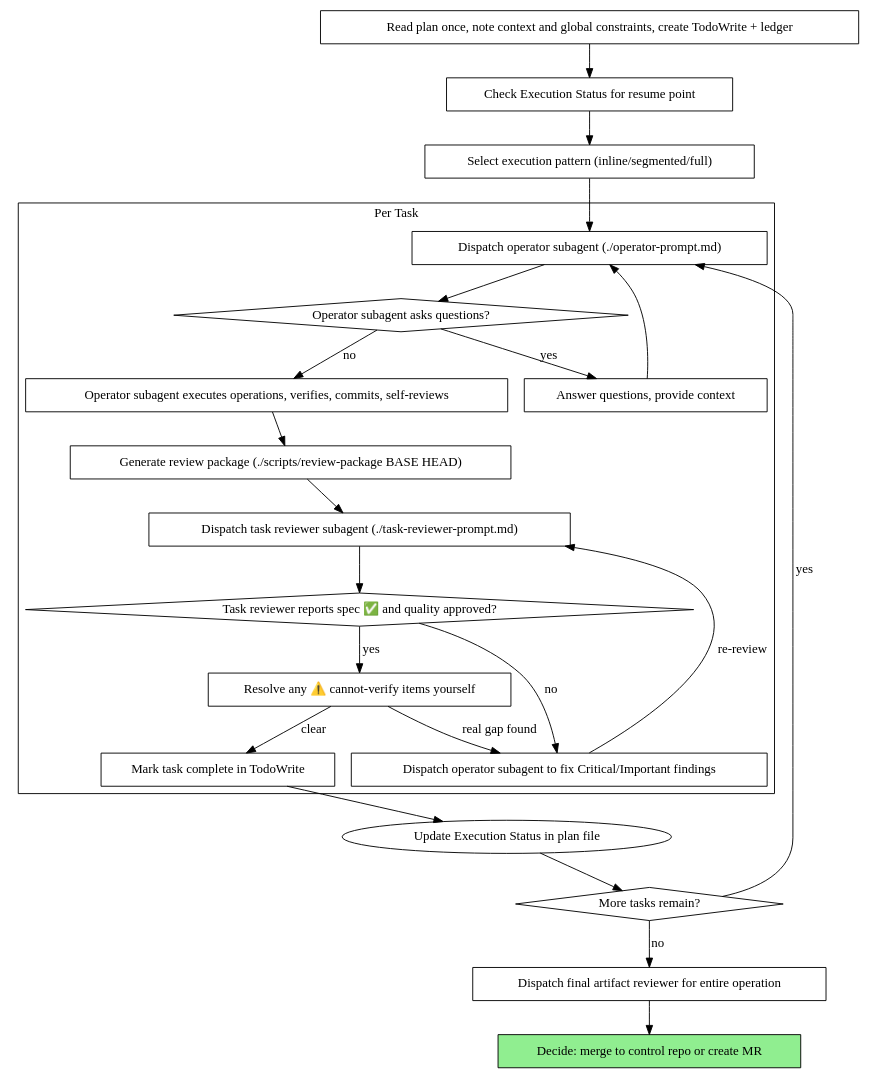
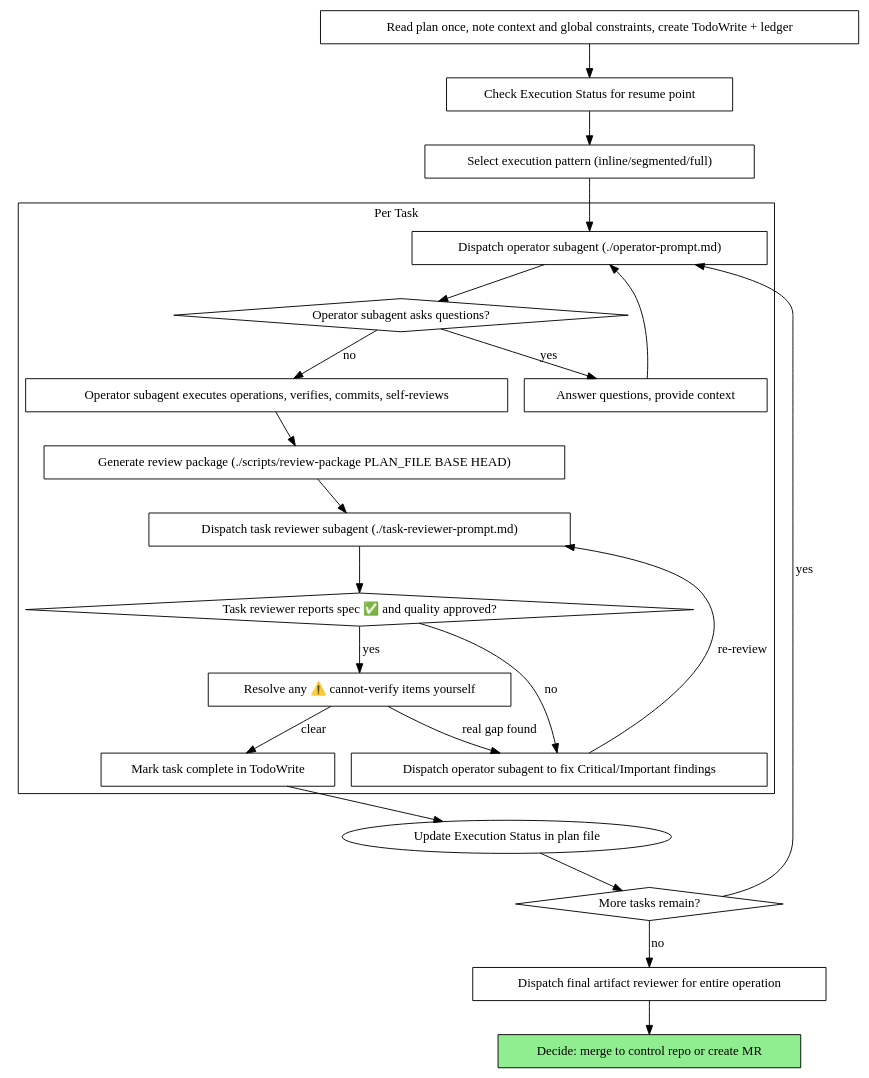
The second of 2 diagrams in plugins/srepowers-core/skills/subagent-driven-operation/SKILL.md (yg-codes/srepowers), drawn with Graphviz before and after one commit. The commit also changed other lines of this file and 19 other files, not shown here.

````diff
--- a/plugins/srepowers-core/skills/subagent-driven-operation/SKILL.md
+++ b/plugins/srepowers-core/skills/subagent-driven-operation/SKILL.md
@@ -109,47 +109,47 @@
 ```dot
 digraph process {
     rankdir=TB;
 
     subgraph cluster_per_task {
         label="Per Task";
         "Dispatch operator subagent (./operator-prompt.md)" [shape=box];
         "Operator subagent asks questions?" [shape=diamond];
         "Answer questions, provide context" [shape=box];
         "Operator subagent executes operations, verifies, commits, self-reviews" [shape=box];
-        "Generate review package (./scripts/review-package BASE HEAD)" [shape=box];
+        "Generate review package (./scripts/review-package PLAN_FILE BASE HEAD)" [shape=box];
         "Dispatch task reviewer subagent (./task-reviewer-prompt.md)" [shape=box];
         "Task reviewer reports spec ✅ and quality approved?" [shape=diamond];
         "Resolve any ⚠️ cannot-verify items yourself" [shape=box];
         "Dispatch operator subagent to fix Critical/Important findings" [shape=box];
         "Mark task complete in TodoWrite" [shape=box];
     }
 
     "Read plan once, note context and global constraints, create TodoWrite + ledger" [shape=box];
     "Check Execution Status for resume point" [shape=box];
     "Select execution pattern (inline/segmented/full)" [shape=box];
     "More tasks remain?" [shape=diamond];
     "Dispatch final artifact reviewer for entire operation" [shape=box];
     "Decide: merge to control repo or create MR" [shape=box style=filled fillcolor=lightgreen];
 
     "Read plan once, note context and global constraints, create TodoWrite + ledger" -> "Check Execution Status for resume point";
     "Check Execution Status for resume point" -> "Select execution pattern (inline/segmented/full)";
     "Select execution pattern (inline/segmented/full)" -> "Dispatch operator subagent (./operator-prompt.md)";
     "Dispatch operator subagent (./operator-prompt.md)" -> "Operator subagent asks questions?";
     "Operator subagent asks questions?" -> "Answer questions, provide context" [label="yes"];
     "Answer questions, provide context" -> "Dispatch operator subagent (./operator-prompt.md)";
     "Operator subagent asks questions?" -> "Operator subagent executes operations, verifies, commits, self-reviews" [label="no"];
-    "Operator subagent executes operations, verifies, commits, self-reviews" -> "Generate review package (./scripts/review-package BASE HEAD)";
-    "Generate review package (./scripts/review-package BASE HEAD)" -> "Dispatch task reviewer subagent (./task-reviewer-prompt.md)";
+    "Operator subagent executes operations, verifies, commits, self-reviews" -> "Generate review package (./scripts/review-package PLAN_FILE BASE HEAD)";
+    "Generate review package (./scripts/review-package PLAN_FILE BASE HEAD)" -> "Dispatch task reviewer subagent (./task-reviewer-prompt.md)";
     "Dispatch task reviewer subagent (./task-reviewer-prompt.md)" -> "Task reviewer reports spec ✅ and quality approved?";
     "Task reviewer reports spec ✅ and quality approved?" -> "Dispatch operator subagent to fix Critical/Important findings" [label="no"];
     "Dispatch operator subagent to fix Critical/Important findings" -> "Dispatch task reviewer subagent (./task-reviewer-prompt.md)" [label="re-review"];
     "Task reviewer reports spec ✅ and quality approved?" -> "Resolve any ⚠️ cannot-verify items yourself" [label="yes"];
     "Resolve any ⚠️ cannot-verify items yourself" -> "Dispatch operator subagent to fix Critical/Important findings" [label="real gap found"];
     "Resolve any ⚠️ cannot-verify items yourself" -> "Mark task complete in TodoWrite" [label="clear"];
     "Mark task complete in TodoWrite" -> "Update Execution Status in plan file";
     "Update Execution Status in plan file" -> "More tasks remain?";
     "More tasks remain?" -> "Dispatch operator subagent (./operator-prompt.md)" [label="yes"];
     "More tasks remain?" -> "Dispatch final artifact reviewer for entire operation" [label="no"];
     "Dispatch final artifact reviewer for entire operation" -> "Decide: merge to control repo or create MR";
 }
 ```
````
